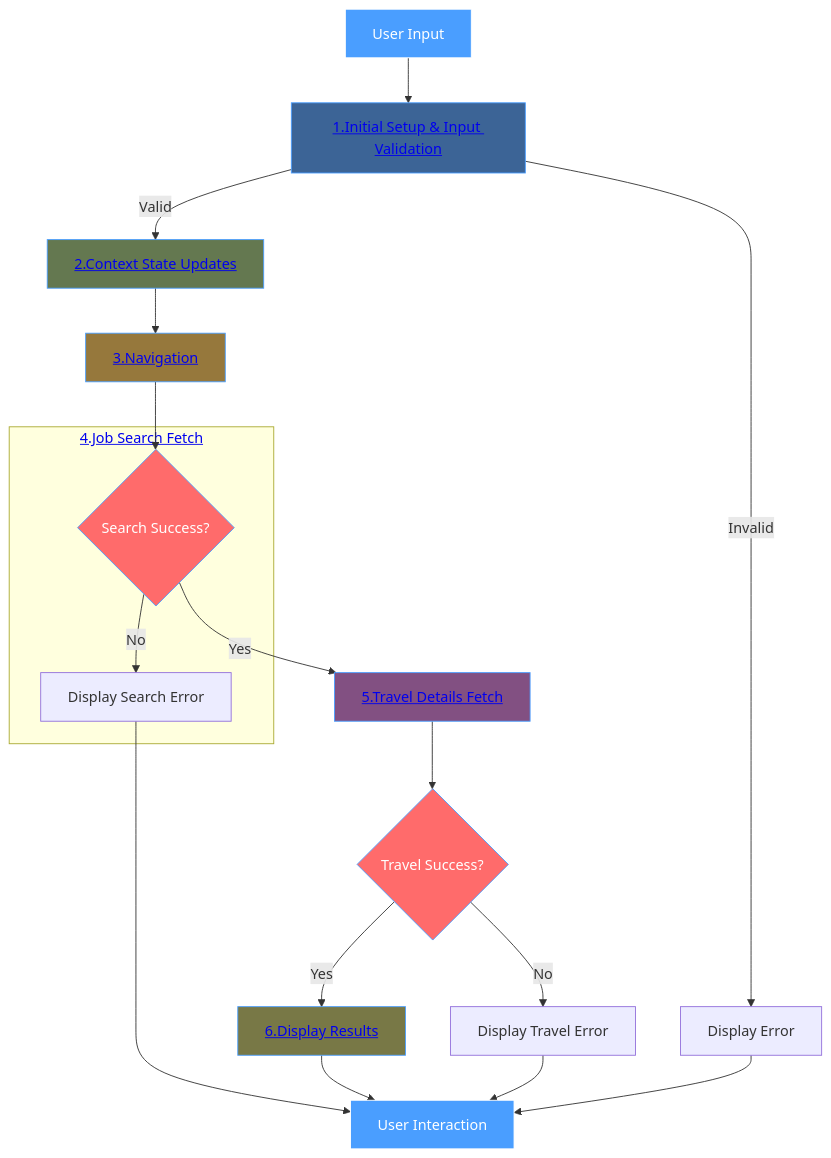
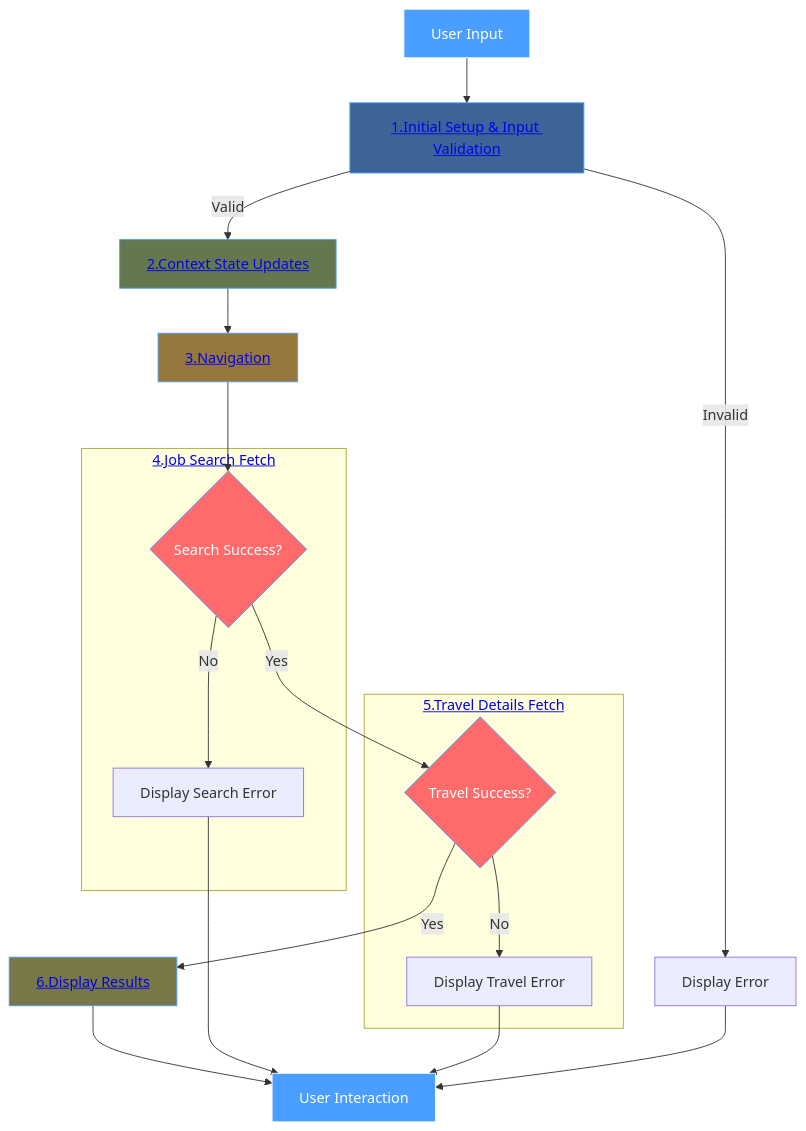
One commit to YahyaAl-Ademi/2025.10.23-JobCompass changed the diagram in documentation/jobFetch/_JobFetchFlowchart.md. Above: the diagram before and after it, drawn with Mermaid.

Commit message:
Refactor job fetch flowchart to improve organization by encapsulating the travel details fetch phase within a subgraph, enhancing clarity and visual structure in the documentation.

````diff
--- a/documentation/jobFetch/_JobFetchFlowchart.md
+++ b/documentation/jobFetch/_JobFetchFlowchart.md
@@ -1,29 +1,29 @@
 ```mermaid
 flowchart TD
     A[User Input] --> B["<a href='./1.Initial%20Setup%20&%20Input%20Validation.md'>1.Initial Setup & Input Validation</a>"]
     B -->|Valid| C["<a href='./2.Context%20State%20Updates.md'>2.Context State Updates</a>"]
     B -->|Invalid| Z[Display Error]
     C --> D["<a href='./3.Navigation.md'>3.Navigation</a>"]
     D --> F{Search Success?}
     subgraph JobSearch["<a href='./4.Job%20Search%20Fetch.md'>4.Job Search Fetch</a>"]
     F -->|No| H[Display Search Error]
     end
-    F -->|Yes| G["<a href='./5.Travel%20Details%20Fetch.md'>5.Travel Details Fetch</a>"]
-    G --> I{Travel Success?}
+    F -->|Yes| I{Travel Success?}
+    subgraph TravelDetails["<a href='./5.Travel%20Details%20Fetch.md'>5.Travel Details Fetch</a>"]
+    I -->|No| K[Display Travel Error]
+    end
     I -->|Yes| J["<a href='./6.Display%20Results.md'>6.Display Results</a>"]
-    I -->|No| K[Display Travel Error]
     J --> L[User Interaction]
     H --> L
     K --> L
     Z --> L
 
     style A fill:#4a9eff,stroke:#fff,color:#fff
     style B fill:#3c6496,stroke:#4a9eff,color:#fff
     style C fill:#647850,stroke:#4a9eff,color:#fff
     style D fill:#96783c,stroke:#4a9eff,color:#fff
     style F fill:#ff6b6b,stroke:#4a9eff,color:#fff
-    style G fill:#825082,stroke:#4a9eff,color:#fff
     style I fill:#ff6b6b,stroke:#4a9eff,color:#fff
     style J fill:#787846,stroke:#4a9eff,color:#fff
     style L fill:#4a9eff,stroke:#fff,color:#fff
 ```
````
